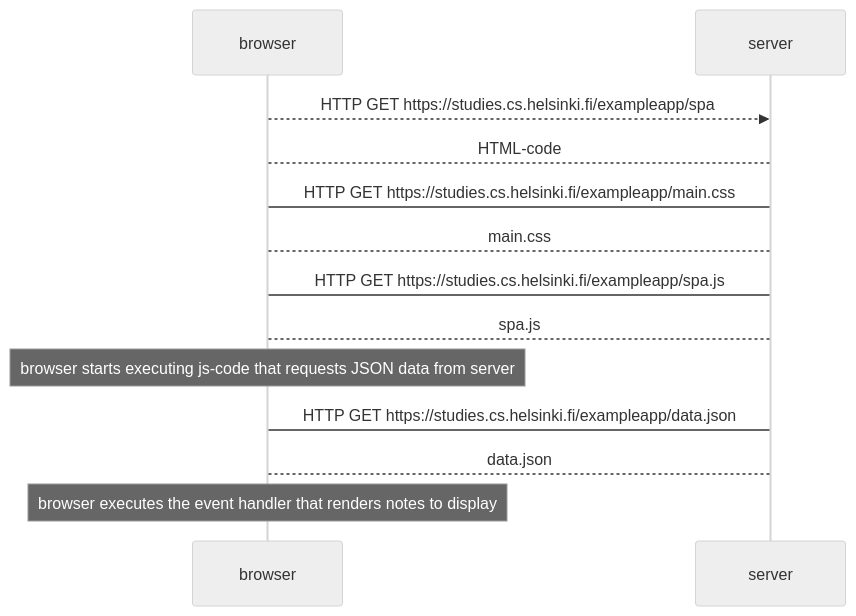
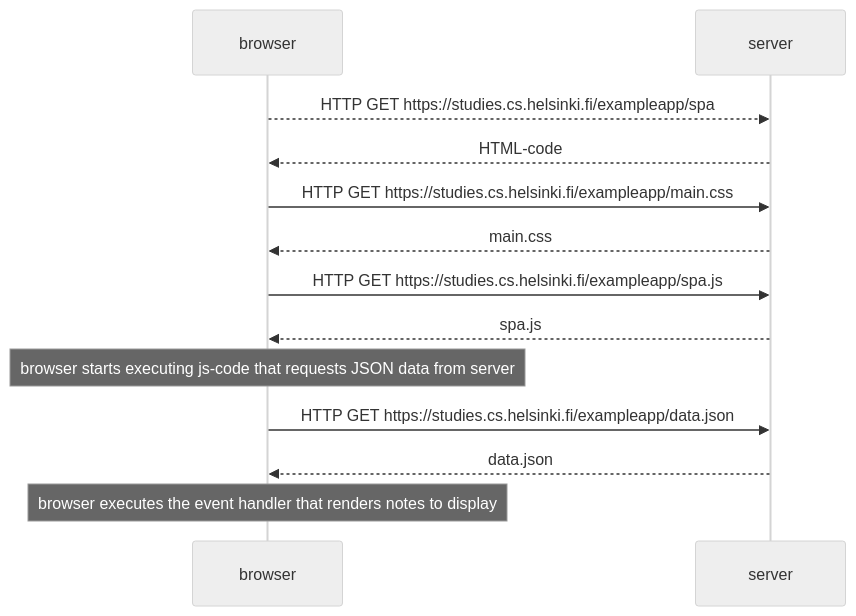
Before and after one commit to lydiadunning/FSO: the diagram in ex0_5.md, drawn with Mermaid (neutral theme).

````diff
--- a/ex0_5.md
+++ b/ex0_5.md
@@ -5,15 +5,15 @@
 ```mermaid
 sequenceDiagram
 browser-->>server: HTTP GET https://studies.cs.helsinki.fi/exampleapp/spa
-server-->browser: HTML-code
-browser->server: HTTP GET https://studies.cs.helsinki.fi/exampleapp/main.css
-server-->browser: main.css
-browser->server: HTTP GET https://studies.cs.helsinki.fi/exampleapp/spa.js
-server-->browser: spa.js
+server-->>browser: HTML-code
+browser->>server: HTTP GET https://studies.cs.helsinki.fi/exampleapp/main.css
+server-->>browser: main.css
+browser->>server: HTTP GET https://studies.cs.helsinki.fi/exampleapp/spa.js
+server-->>browser: spa.js
 note over browser: browser starts executing js-code that requests JSON data from server 
 
-browser->server: HTTP GET https://studies.cs.helsinki.fi/exampleapp/data.json
-server-->browser: data.json
+browser->>server: HTTP GET https://studies.cs.helsinki.fi/exampleapp/data.json
+server-->>browser: data.json
 
 note over browser: browser executes the event handler that renders notes to display
 ```
````
